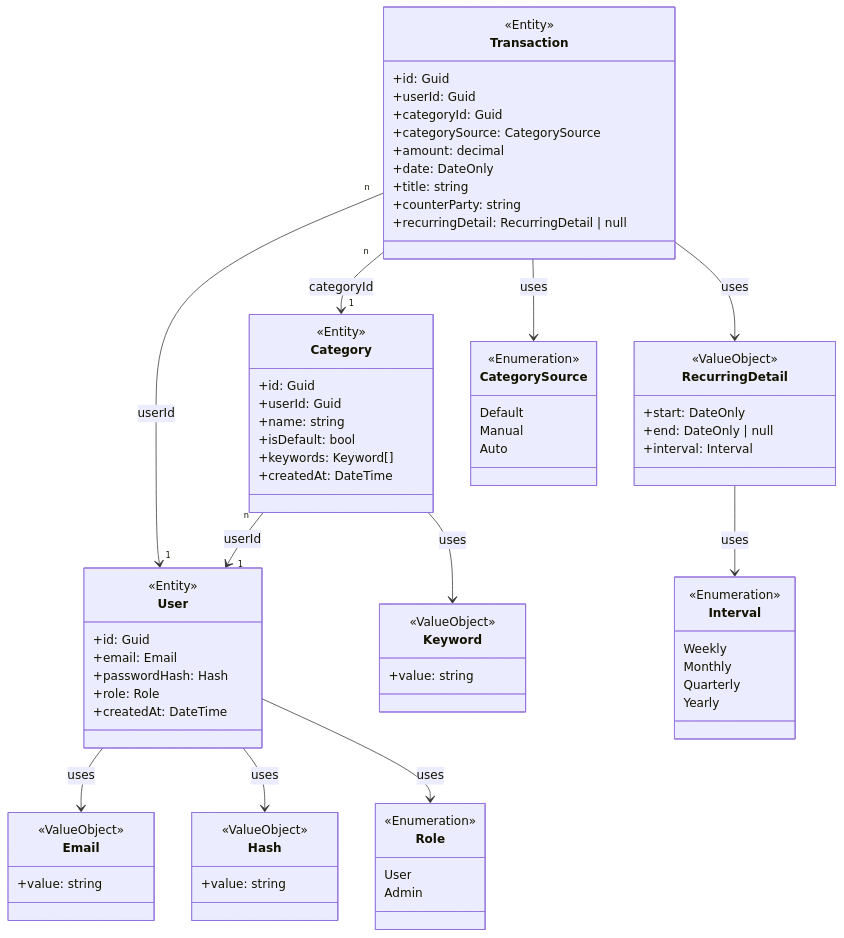
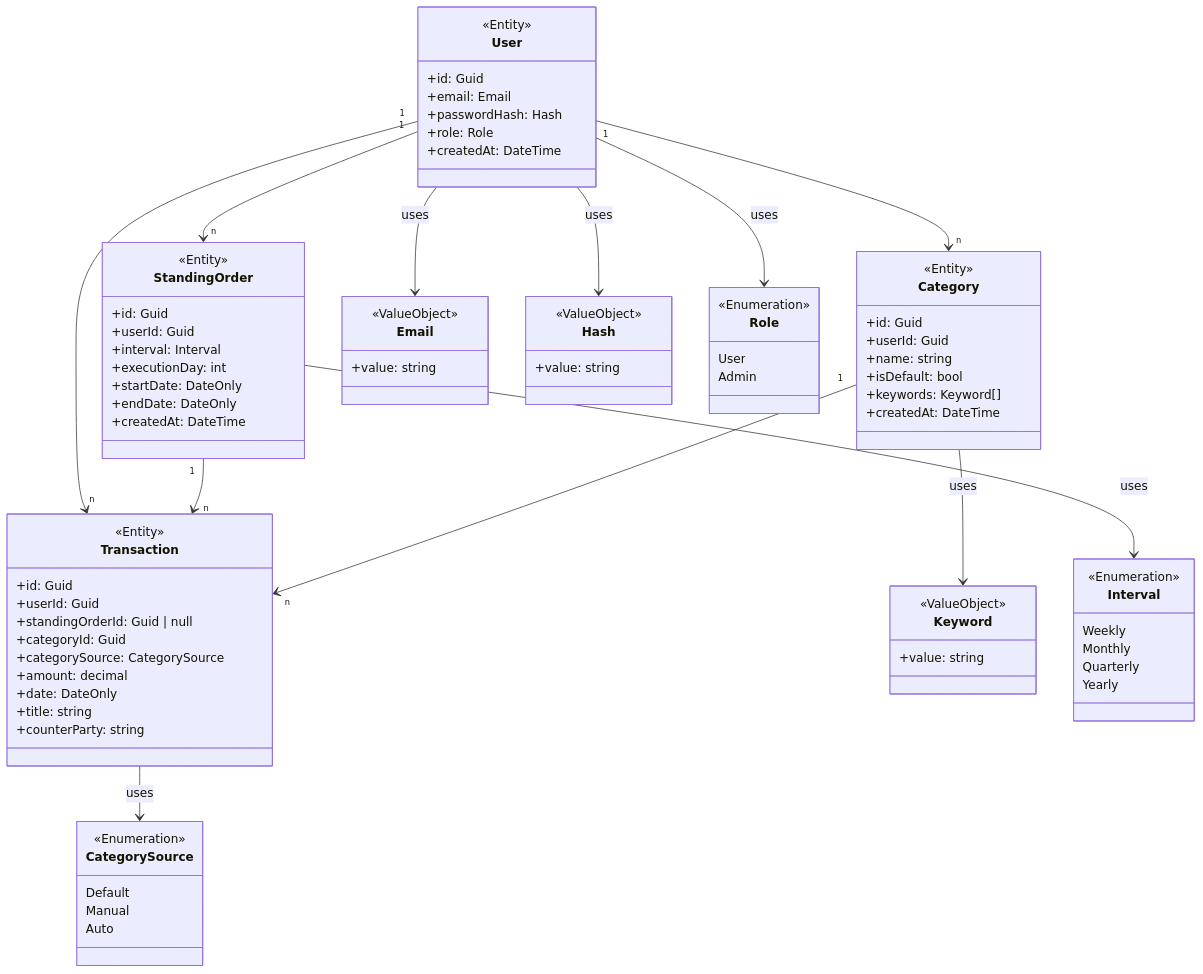
One commit to MoritzLue24/Broke-Manager changed the diagram in docs/backend/Layers/Domain.md. Above: the diagram before and after it, drawn with Mermaid. The commit also changed other lines of this file and 3 other files, not shown here.

Commit message:
docs updated: some fixes, added 'StandingOrder'

````diff
--- a/docs/backend/Layers/Domain.md
+++ b/docs/backend/Layers/Domain.md
@@ -56,13 +59,24 @@
         <<Entity>>
         +id: Guid
         +userId: Guid
+        +standingOrderId: Guid | null
         +categoryId: Guid
         +categorySource: CategorySource
         +amount: decimal
         +date: DateOnly
         +title: string
         +counterParty: string
-        +recurringDetail: RecurringDetail | null
+    }
+    
+    class StandingOrder {
+	    <<Entity>>
+	    +id: Guid
+	    +userId: Guid
+	    +interval: Interval
+	    +executionDay: int
+	    +startDate: DateOnly
+	    +endDate: DateOnly
+	    +createdAt: DateTime
     }
 
     class Category {
@@ -85,13 +99,6 @@
     class Hash {
         <<ValueObject>>
         +value: string
-    }
-
-    class RecurringDetail {
-        <<ValueObject>>
-        +start: DateOnly
-        +end: DateOnly | null
-        +interval: Interval
     }
 
     class Keyword {
@@ -128,12 +135,14 @@
     User --> Hash : uses
     User --> Role : uses
 
-    Transaction --> CategorySource : uses
-    Transaction --> RecurringDetail : uses
-    RecurringDetail --> Interval : uses
+	User "1" --> "n" Transaction
+	User "1" --> "n" StandingOrder
+	User "1" --> "n" Category
+	
+	Transaction --> CategorySource : uses
+    StandingOrder --> Interval : uses
     Category --> Keyword : uses
-
-    Transaction "n" --> "1" User : userId
-    Category "n" --> "1" User : userId
-    Transaction "n" --> "1" Category : categoryId
+    
+    StandingOrder "1" --> "n" Transaction
+    Category "1" --> "n" Transaction
 ```
````
